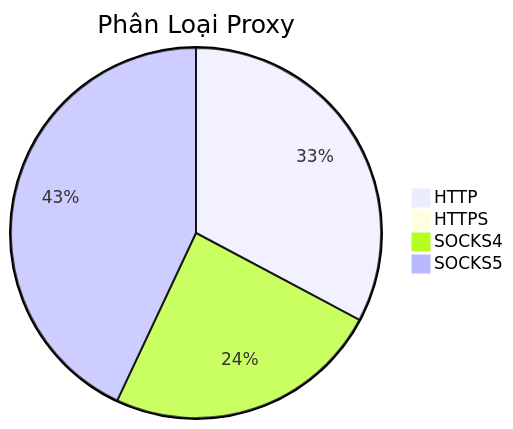
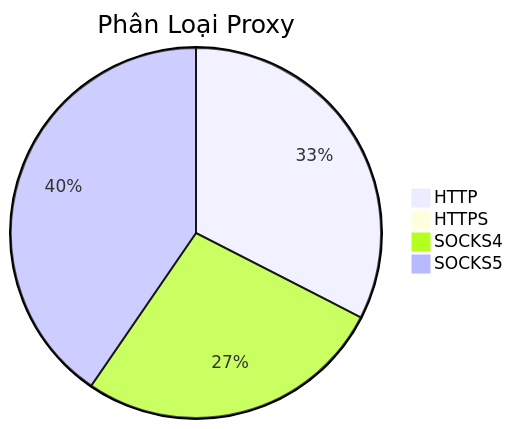
One commit to Ciara-Aa/PROXY-free changed the diagram in README.md. Above: the diagram before and after it, drawn with Mermaid. The commit also changed other lines of this file and 4 other files, not shown here.

````diff
--- a/README.md
+++ b/README.md
@@ -26,7 +26,7 @@
 ```mermaid
 pie title Phân Loại Proxy
-    "HTTP" : 253
-    "HTTPS" : 1
-    "SOCKS4" : 187
-    "SOCKS5" : 332
+    "HTTP" : 272
+    "HTTPS" : 0
+    "SOCKS4" : 226
+    "SOCKS5" : 338
 ```
````
